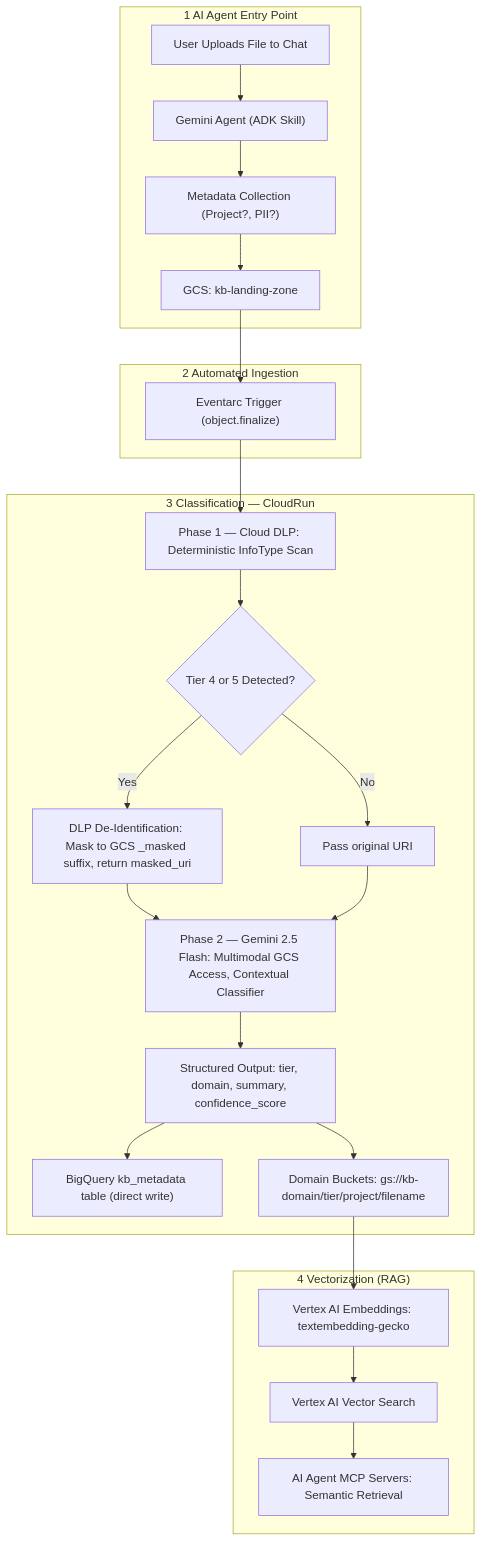
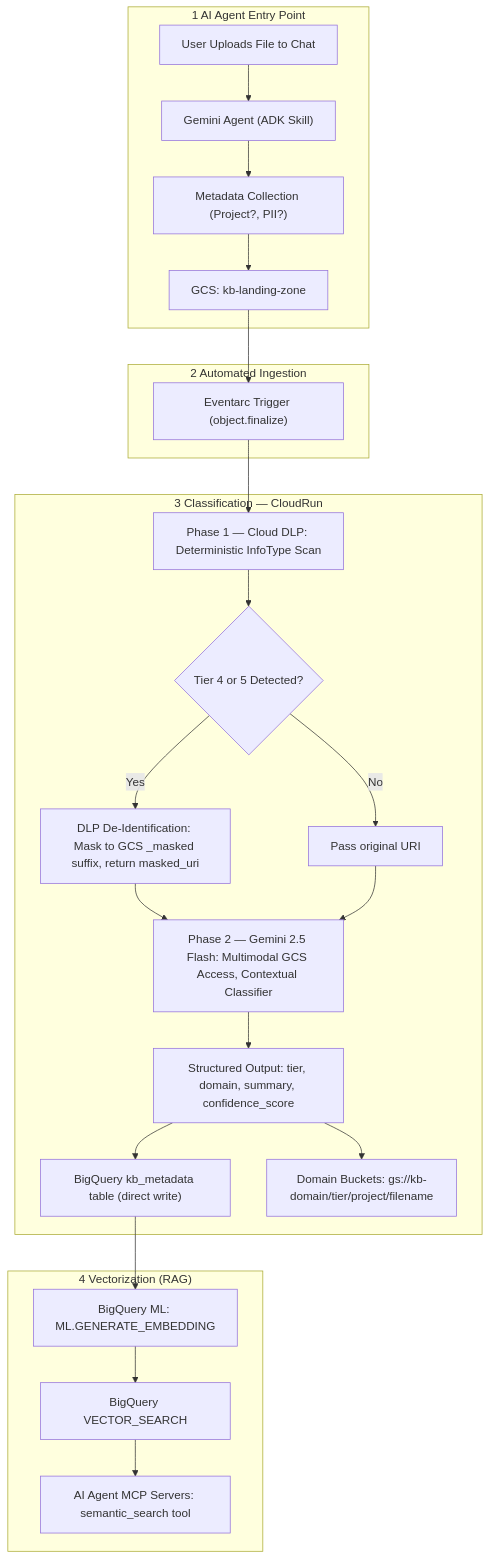
One commit to eamadorm-endava/Research-Agent changed the diagram in docs/Data-Pipelines/Enterprise-Knowledge-Base/Design.md. Above: the diagram before and after it, drawn with Mermaid. The commit also changed other lines of this file, not shown here.

Commit message:
Mdify Design.md so that it specifies the use of BQML and BQ for RAG and VectorDB, respectively

````diff
--- a/docs/Data-Pipelines/Enterprise-Knowledge-Base/Design.md
+++ b/docs/Data-Pipelines/Enterprise-Knowledge-Base/Design.md
@@ -27,30 +27,30 @@
 ```mermaid
 flowchart TD
     subgraph AGENT["1 AI Agent Entry Point"]
         Z["User Uploads File to Chat"] --> Y["Gemini Agent (ADK Skill)"]
         Y --> X["Metadata Collection (Project?, PII?)"]
         X --> B["GCS: kb-landing-zone"]
     end
 
     subgraph INGEST["2 Automated Ingestion"]
         B --> C["Eventarc Trigger (object.finalize)"]
     end
 
     subgraph CLASSIFY["3 Classification — CloudRun"]
         C --> D["Phase 1 — Cloud DLP: Deterministic InfoType Scan"]
         D --> DG{"Tier 4 or 5 Detected?"}
         DG -- Yes --> DM["DLP De-Identification: Mask to GCS _masked suffix, return masked_uri"]
         DG -- No --> DP["Pass original URI"]
         DM --> E["Phase 2 — Gemini 2.5 Flash: Multimodal GCS Access, Contextual Classifier"]
         DP --> E
         E --> F["Structured Output: tier, domain, summary, confidence_score"]
         F --> K["BigQuery kb_metadata table (direct write)"]
         F --> H["Domain Buckets: gs://kb-domain/tier/project/filename"]
     end
 
     subgraph VECTOR["4 Vectorization (RAG)"]
-        H --> N["Vertex AI Embeddings: textembedding-gecko"]
-        N --> O["Vertex AI Vector Search"]
-        O --> P["AI Agent MCP Servers: Semantic Retrieval"]
+        K --> N["BigQuery ML: ML.GENERATE_EMBEDDING"]
+        N --> O["BigQuery VECTOR_SEARCH"]
+        O --> P["AI Agent MCP Servers: semantic_search tool"]
     end
 ```
````
